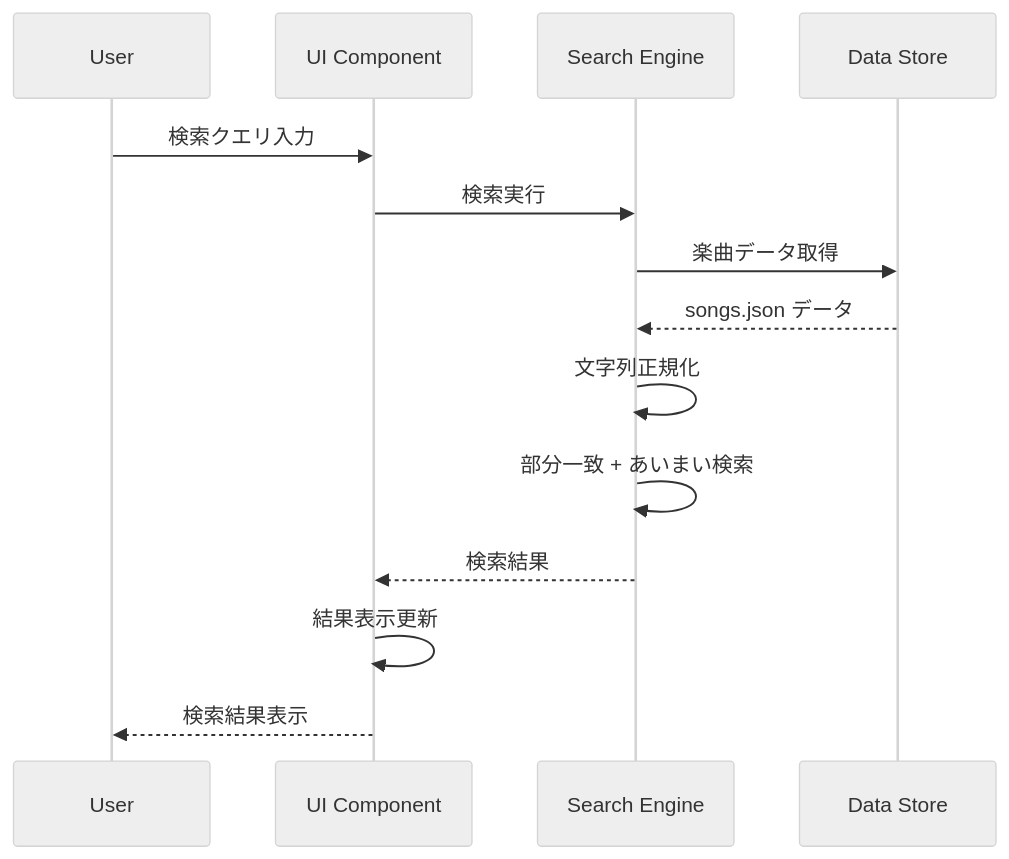
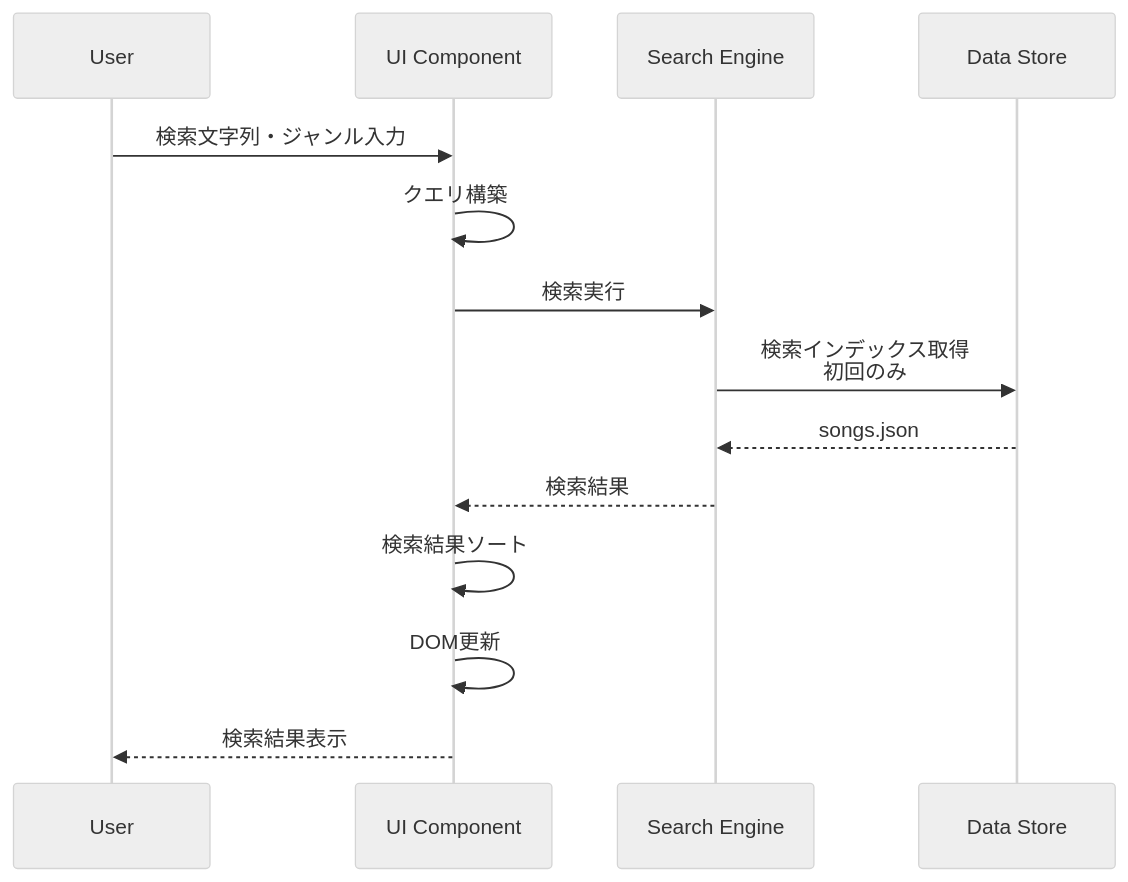
Before and after one commit to osawa-naotaka/vtunelist: the fourth of 4 diagrams in doc/core/04_FUNCTIONAL_SPEC.md, drawn with Mermaid (neutral theme). The commit also changed other lines of this file and 4 other files, not shown here.

````diff
--- a/doc/core/04_FUNCTIONAL_SPEC.md
+++ b/doc/core/04_FUNCTIONAL_SPEC.md
@@ -589,17 +611,17 @@
 ```mermaid
 sequenceDiagram
     participant U as User
     participant UI as UI Component
     participant S as Search Engine
     participant D as Data Store
 
-    U->>UI: 検索クエリ入力
+    U->>UI: 検索文字列・ジャンル入力
+    UI->>UI: クエリ構築
     UI->>S: 検索実行
-    S->>D: 楽曲データ取得
-    D-->>S: songs.json データ
-    S->>S: 文字列正規化
-    S->>S: 部分一致 + あいまい検索
+    S->>D: 検索インデックス取得<BR>初回のみ
+    D-->>S: songs.json
     S-->>UI: 検索結果
-    UI->>UI: 結果表示更新
+    UI->>UI: 検索結果ソート
+    UI->>UI: DOM更新
     UI-->>U: 検索結果表示
 ```
````
